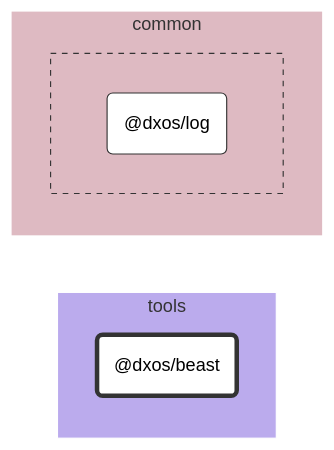
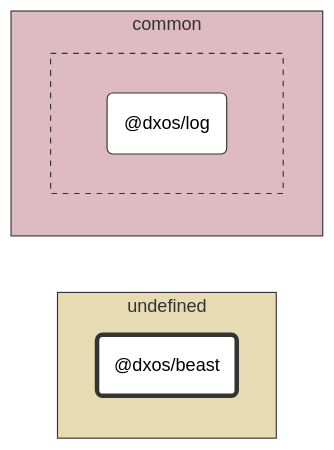
One commit to dxos/dxos changed the diagram in tools/beast/docs/README.md. Above: the diagram before and after it, drawn with Mermaid (forest theme). The commit also changed 89 other files, not shown here.

````diff
--- a/tools/beast/docs/README.md
+++ b/tools/beast/docs/README.md
@@ -7,30 +7,30 @@
 ```mermaid
 %%{ init: {'flowchart':{'curve':'basis'}} }%%
 
 flowchart LR
 
 %% Classes
 classDef def fill:#fff,stroke:#333,stroke-width:1px
 classDef root fill:#fff,stroke:#333,stroke-width:4px
 
 %% Nodes
 
-subgraph tools [tools]
-  style tools fill:#bbabed,stroke:#fff
+subgraph undefined [undefined]
+  style undefined fill:#e6dbb3,stroke:#333
   dxos/beast("@dxos/beast"):::root
   click dxos/beast "dxos/dxos/tree/main/tools/beast/docs"
 end
 
 subgraph common [common]
-  style common fill:#debac2,stroke:#fff
+  style common fill:#debac2,stroke:#333
 
-  subgraph common-excluded [ ]
-    style common-excluded fill:#debac2,stroke:#333,stroke-dasharray:5 5
+  subgraph _ [ ]
+    style _ fill:#debac2,stroke:#333,stroke-dasharray:5 5
     dxos/log("@dxos/log"):::def
     click dxos/log "dxos/dxos/tree/main/packages/common/log/docs"
   end
 end
 
 %% Links
 linkStyle default stroke:#333,stroke-width:1px
 ```
````
